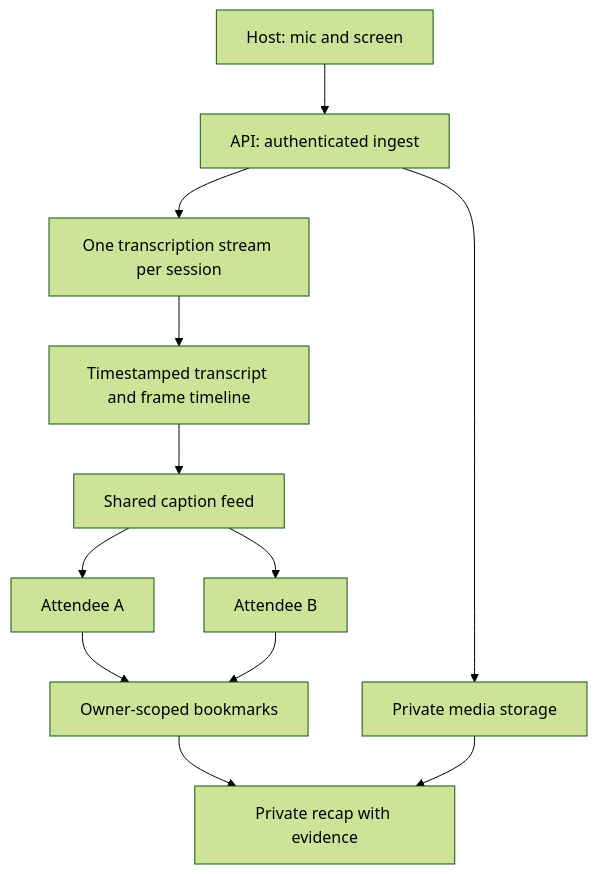
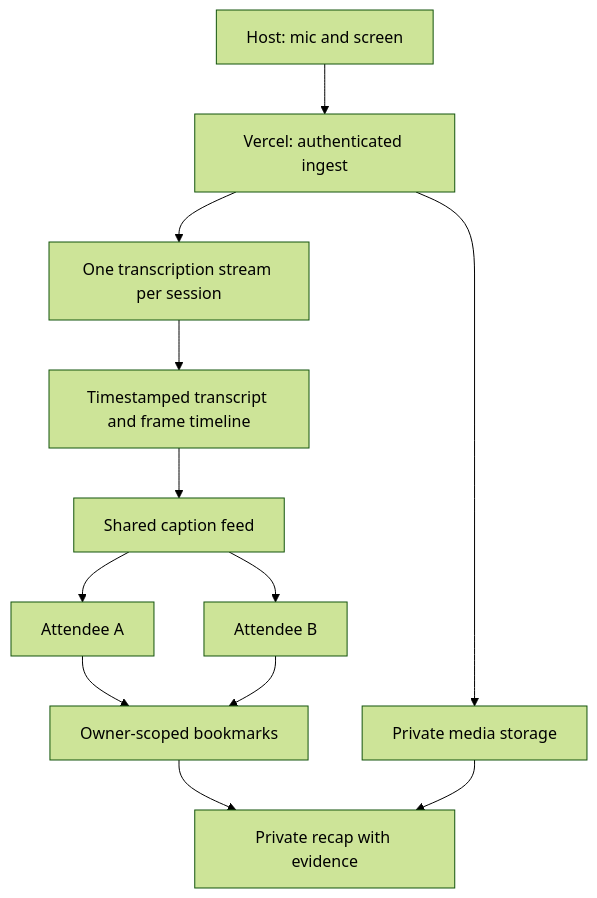
The diagram in docs/architecture.md (drewrasm/simon-says), drawn with Mermaid (forest theme) before and after one commit. The commit also changed other lines of this file and 7 other files, not shown here.

````diff
--- a/docs/architecture.md
+++ b/docs/architecture.md
@@ -7,14 +7,14 @@
 ```mermaid
 flowchart TD
-  Host[Host: mic and screen] --> Ingest[API: authenticated ingest]
+  Host[Host: mic and screen] --> Ingest[Vercel: authenticated ingest]
   Ingest --> STT[One transcription stream per session]
   STT --> Timeline[Timestamped transcript and frame timeline]
   Ingest --> Media[Private media storage]
   Timeline --> Feed[Shared caption feed]
   Feed --> A[Attendee A]
   Feed --> B[Attendee B]
   A --> Selections[Owner-scoped bookmarks]
   B --> Selections
   Selections --> Recap[Private recap with evidence]
   Media --> Recap
 ```
````
